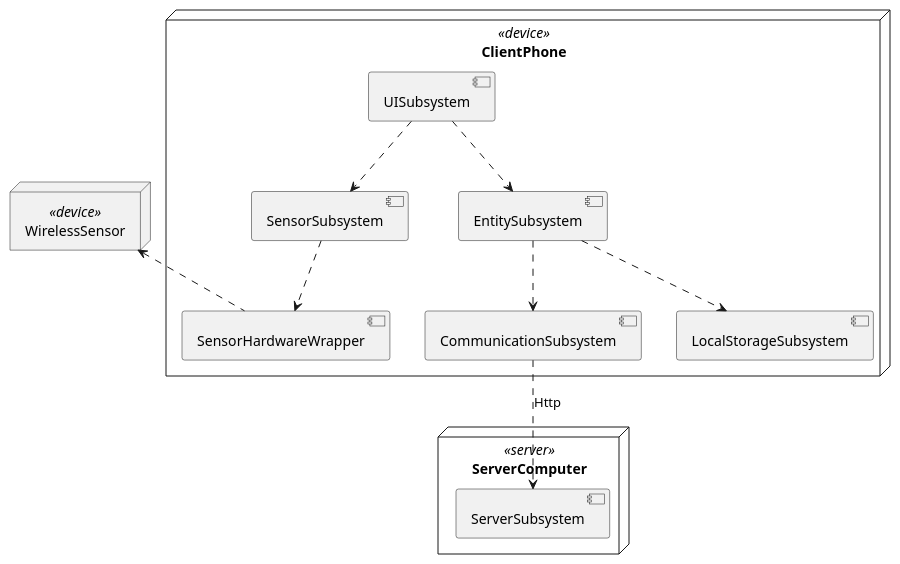
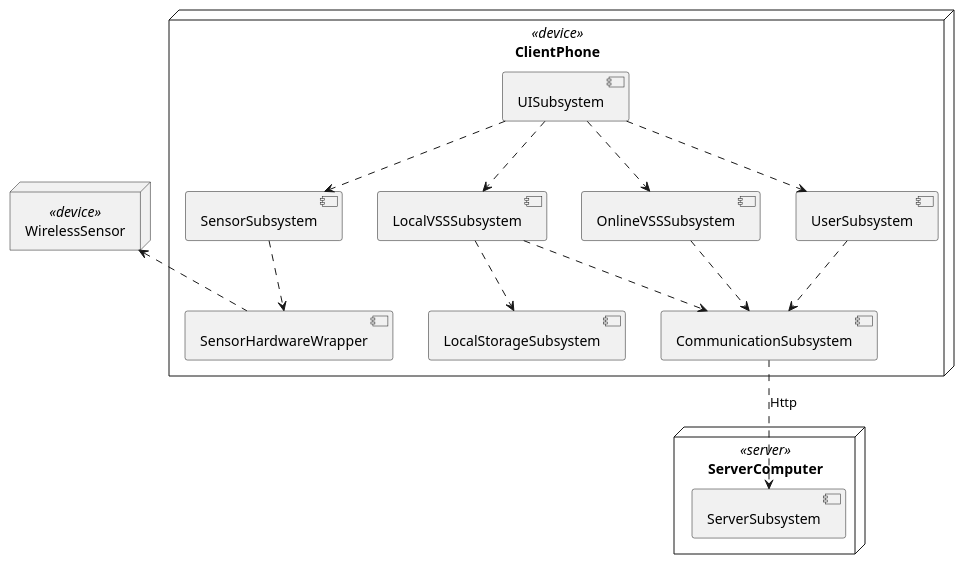
The ninth of 9 diagrams in 设计/软件架构文档.md (kpp19920121/doc), drawn with PlantUML before and after one commit. The commit also changed other lines of this file and 9 other files, not shown here.

````diff
--- a/设计/软件架构文档.md
+++ b/设计/软件架构文档.md
@@ -201,30 +325,38 @@
 ```PlantUML
 @startuml Diagrams/DeploymentDiagram
 skinparam componentStyle uml2
 
 node ClientPhone <<device>> {
     component UISubsystem
     component SensorSubsystem
     component CommunicationSubsystem
     component LocalStorageSubsystem
-    component EntitySubsystem
+    component LocalVSSSubsystem
+    component OnlineVSSSubsystem
+    component UserSubsystem
+    component CommunicationSubsystem
     component SensorHardwareWrapper
+    UISubsystem ..> UserSubsystem
+    UISubsystem ..> OnlineVSSSubsystem
+    UISubsystem ..> LocalVSSSubsystem
     SensorSubsystem ..> SensorHardwareWrapper
-    UISubsystem ..> EntitySubsystem
-    EntitySubsystem ..> LocalStorageSubsystem
-    EntitySubsystem ..> CommunicationSubsystem
     UISubsystem ..> SensorSubsystem
+    LocalVSSSubsystem ..> LocalStorageSubsystem
+    UserSubsystem ..> CommunicationSubsystem
+    OnlineVSSSubsystem ..> CommunicationSubsystem
+    LocalVSSSubsystem ..> CommunicationSubsystem
+
 }
 
 node ServerComputer <<server>> {
     component ServerSubsystem
 }
 
 CommunicationSubsystem ..> ServerSubsystem: Http
 
 node WirelessSensor <<device>>
 
 WirelessSensor <.. SensorHardwareWrapper
 
 @enduml
 ```
````
